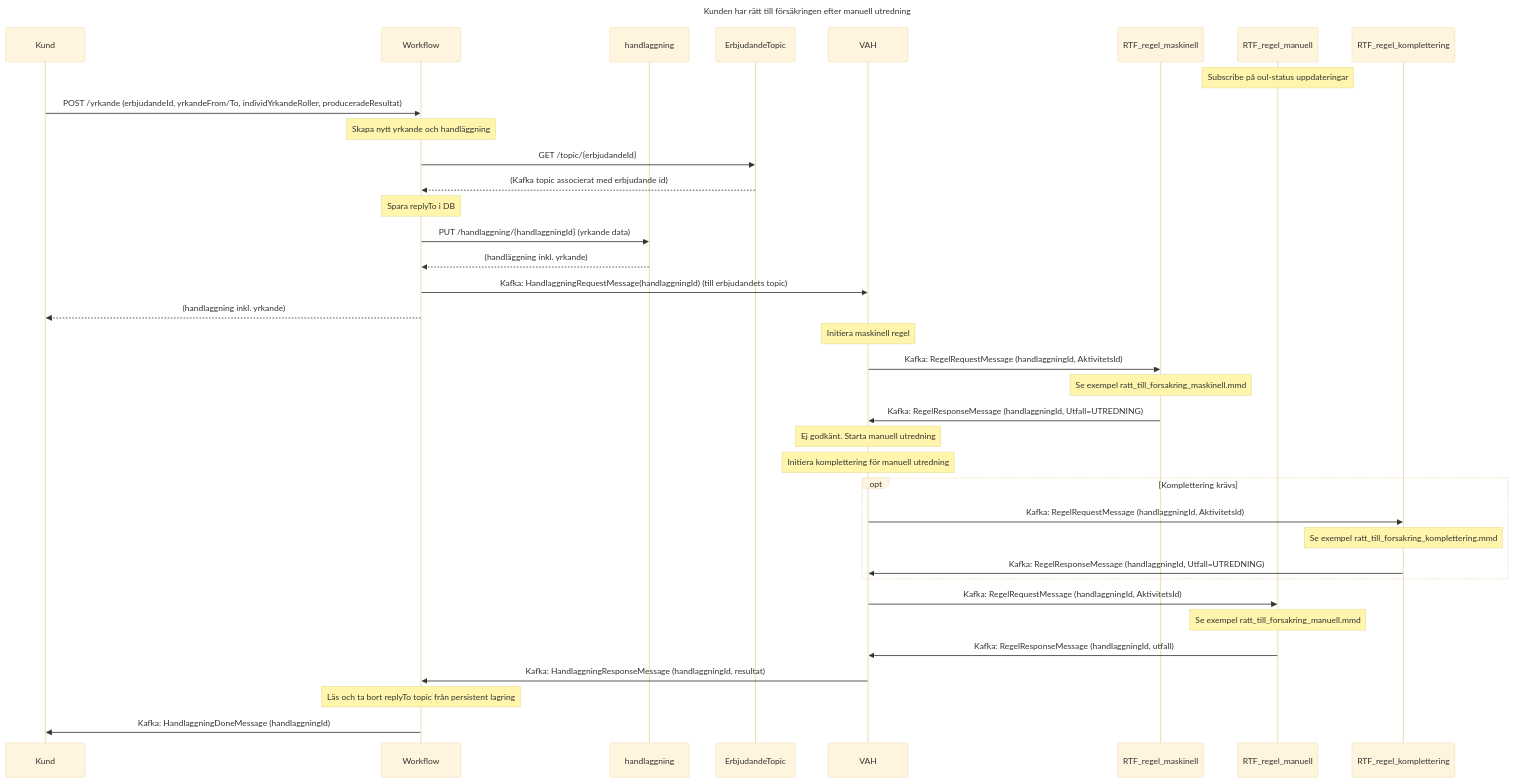
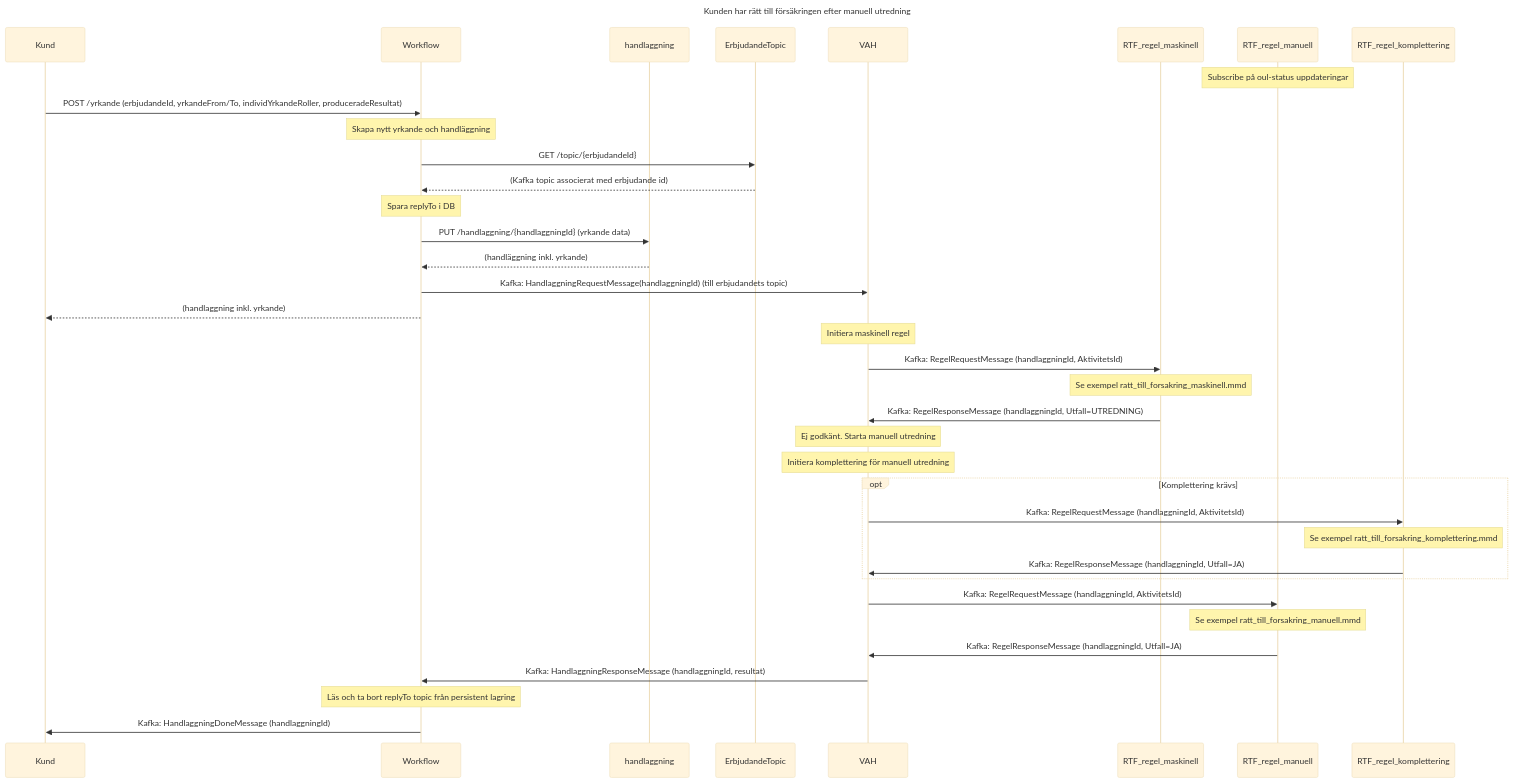
The diagram in sequences/ratt_till_forsakring_flode.mmd (Forsakringskassan/rimfrost), drawn with Mermaid (base theme) before and after one commit.

Commit message:
fix: Set Utfall=JA in RTF-flödet response messages

```diff
--- a/sequences/ratt_till_forsakring_flode.mmd
+++ b/sequences/ratt_till_forsakring_flode.mmd
@@ -1,53 +1,53 @@
 sequenceDiagram
     title Kunden har rätt till försäkringen efter manuell utredning
     participant Kund
     participant Workflow
     participant handlaggning
     participant ErbjudandeTopic
     participant VAH
     participant RTF_regel_maskinell
     participant RTF_regel_manuell
 
     note over RTF_regel_manuell: Subscribe på oul-status uppdateringar
 
     Kund ->> Workflow: POST /yrkande (erbjudandeId, yrkandeFrom/To, individYrkandeRoller, produceradeResultat)
     note over Workflow: Skapa nytt yrkande och handläggning
 
     Workflow ->> ErbjudandeTopic: GET /topic/{erbjudandeId}
     ErbjudandeTopic -->> Workflow: (Kafka topic associerat med erbjudande id)
     note over Workflow: Spara replyTo i DB
     Workflow ->> handlaggning: PUT /handlaggning/{handlaggningId} (yrkande data)
     handlaggning -->> Workflow: (handläggning inkl. yrkande)
 
     Workflow ->> VAH: Kafka: HandlaggningRequestMessage(handlaggningId) (till erbjudandets topic)
     Workflow -->> Kund: (handlaggning inkl. yrkande)
 
     note over VAH: Initiera maskinell regel
 
     VAH ->> RTF_regel_maskinell: Kafka: RegelRequestMessage (handlaggningId, AktivitetsId)
 
     note over RTF_regel_maskinell: Se exempel ratt_till_forsakring_maskinell.mmd
 
     RTF_regel_maskinell ->> VAH: Kafka: RegelResponseMessage (handlaggningId, Utfall=UTREDNING)
     note over VAH: Ej godkänt. Starta manuell utredning
 
     note over VAH: Initiera komplettering för manuell utredning
 
     opt Komplettering krävs
         VAH ->> RTF_regel_komplettering: Kafka: RegelRequestMessage (handlaggningId, AktivitetsId)
 
         note over RTF_regel_komplettering: Se exempel ratt_till_forsakring_komplettering.mmd
 
-        RTF_regel_komplettering ->> VAH: Kafka: RegelResponseMessage (handlaggningId, Utfall=UTREDNING)
+        RTF_regel_komplettering ->> VAH: Kafka: RegelResponseMessage (handlaggningId, Utfall=JA)
     end
 
     VAH ->> RTF_regel_manuell: Kafka: RegelRequestMessage (handlaggningId, AktivitetsId)
 
     note over RTF_regel_manuell: Se exempel ratt_till_forsakring_manuell.mmd
 
-    RTF_regel_manuell ->> VAH: Kafka: RegelResponseMessage (handlaggningId, utfall)
+    RTF_regel_manuell ->> VAH: Kafka: RegelResponseMessage (handlaggningId, Utfall=JA)
 
     VAH ->> Workflow: Kafka: HandlaggningResponseMessage (handlaggningId, resultat)
     note over Workflow: Läs och ta bort replyTo topic från persistent lagring
 
     Workflow ->> Kund: Kafka: HandlaggningDoneMessage (handlaggningId)
```
